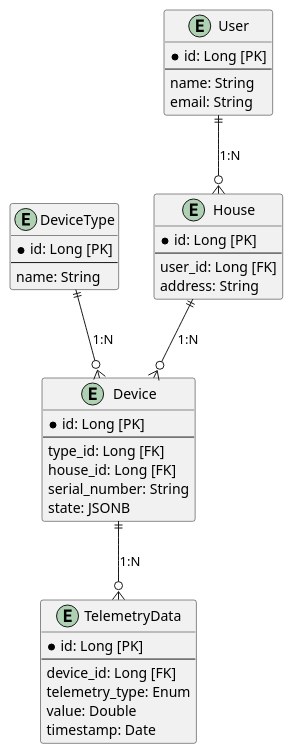
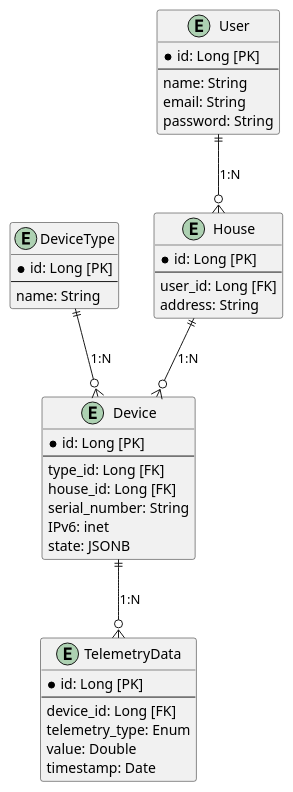
Before and after one commit to sergei-nazarov/automatic-succotash: the diagram in plantUML/ER.puml, drawn with PlantUML. The commit also changed 3 other files, not shown here.

Commit message:
fix diagrams

```diff
--- a/plantUML/ER.puml
+++ b/plantUML/ER.puml
@@ -1,45 +1,47 @@
 @startuml
 entity "Device" as device {
     *id: Long [PK]
     --
     type_id: Long [FK]
     house_id: Long [FK]
     serial_number: String
+    IPv6: inet
     state: JSONB
 }
 
 entity "DeviceType" as deviceType {
     *id: Long [PK]
     --
     name: String
 }
 
 entity "House" as house {
     *id: Long [PK]
     --
     user_id: Long [FK]
     address: String
 }
 
 entity "User" as user {
     *id: Long [PK]
     --
     name: String
     email: String
+    password: String
 }
 
 entity "TelemetryData" as telemetryData {
     *id: Long [PK]
     --
     device_id: Long [FK]
     telemetry_type: Enum
     value: Double
     timestamp: Date
 }
 
 user ||--o{ house : "1:N"
 house ||--o{ device : "1:N"
 deviceType ||--o{ device : "1:N"
 device ||--o{ telemetryData : "1:N"
 
 @enduml
```
